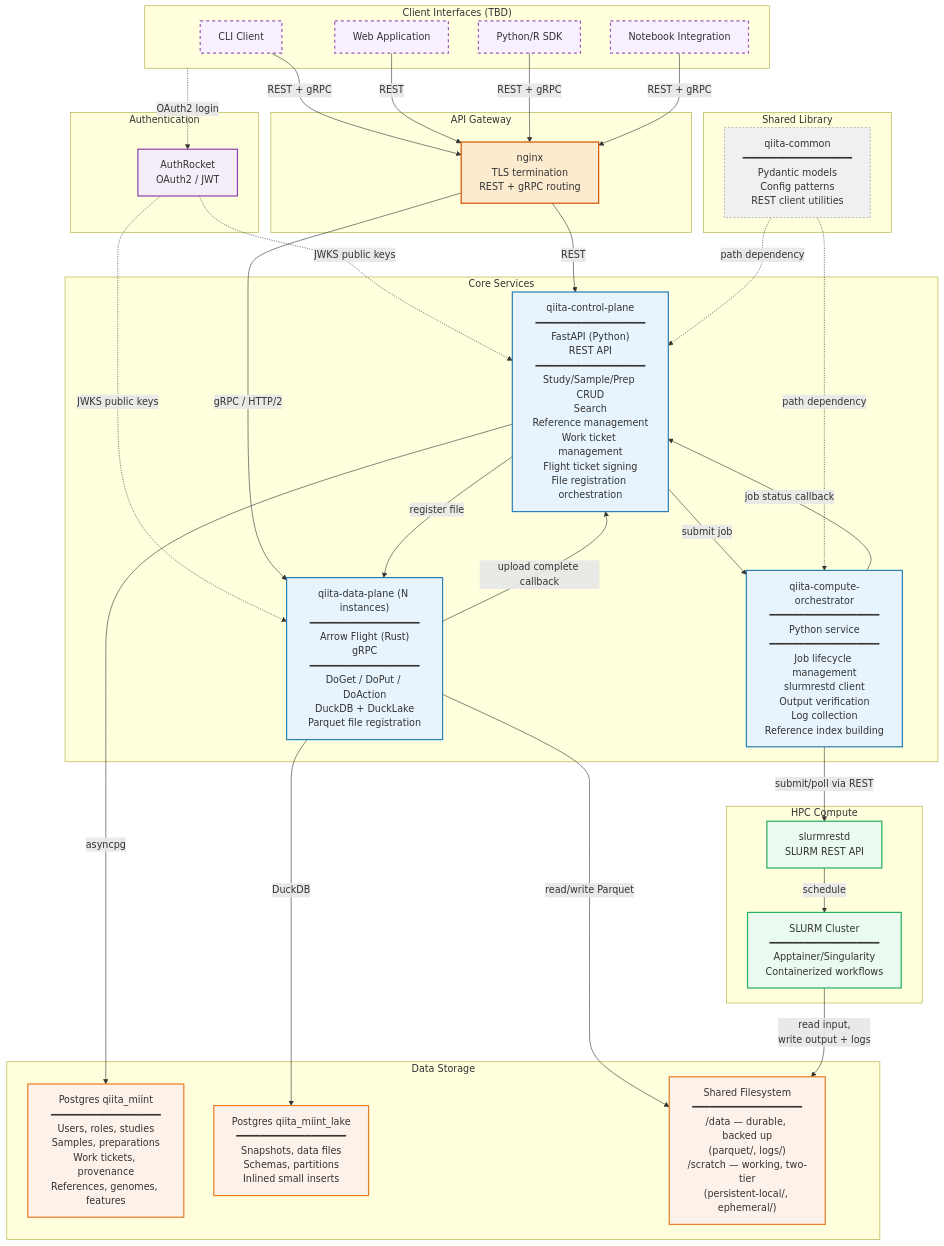
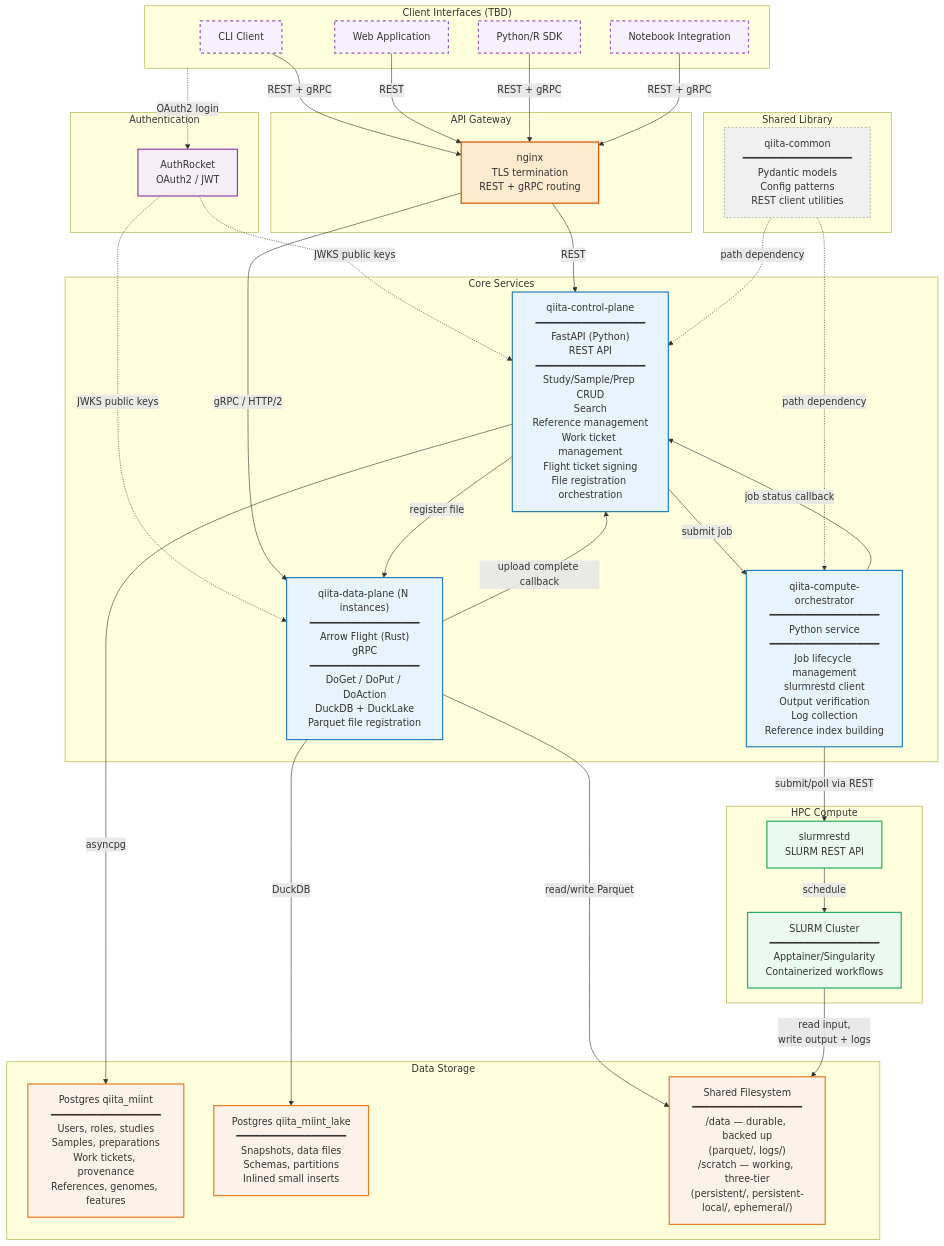
The first of 5 diagrams in docs/architecture.md (the-miint/Qiita), drawn with Mermaid before and after one commit. The commit also changed other lines of this file, not shown here.

First line of the commit message:
docs(deploy): restore /scratch/persistent as sibling to persistent-local

```diff
--- a/docs/architecture.md
+++ b/docs/architecture.md
@@ -41,7 +41,7 @@
     subgraph storage ["Data Storage"]
         PG_APP["Postgres qiita_miint<br/>━━━━━━━━━━━━━━━━━━━<br/>Users, roles, studies<br/>Samples, preparations<br/>Work tickets, provenance<br/>References, genomes, features"]
         PG_DL["Postgres qiita_miint_lake<br/>━━━━━━━━━━━━━━━━━━━<br/>Snapshots, data files<br/>Schemas, partitions<br/>Inlined small inserts"]
-        FS["Shared Filesystem<br/>━━━━━━━━━━━━━━━━━━━<br/>/data — durable, backed up<br/>(parquet/, logs/)<br/>/scratch — working, two-tier<br/>(persistent-local/, ephemeral/)"]
+        FS["Shared Filesystem<br/>━━━━━━━━━━━━━━━━━━━<br/>/data — durable, backed up<br/>(parquet/, logs/)<br/>/scratch — working, three-tier<br/>(persistent/, persistent-local/, ephemeral/)"]
     end
 
     %% Client connections
```
